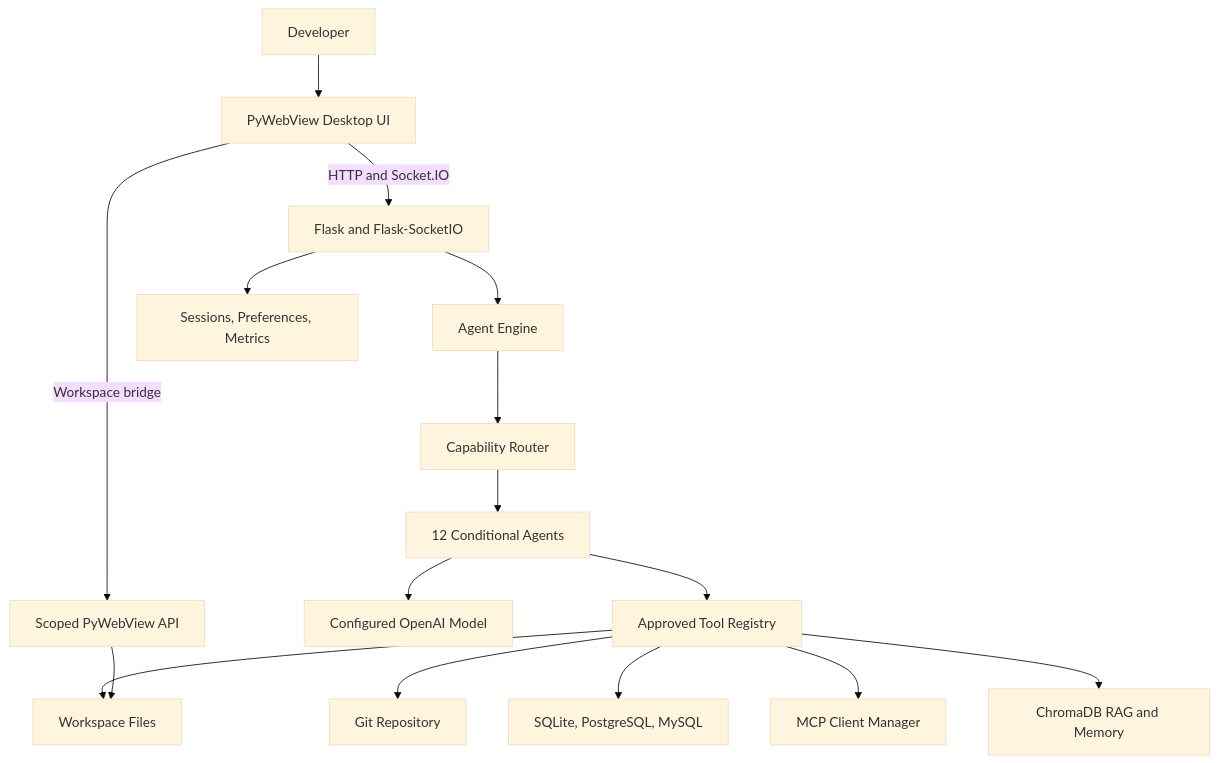
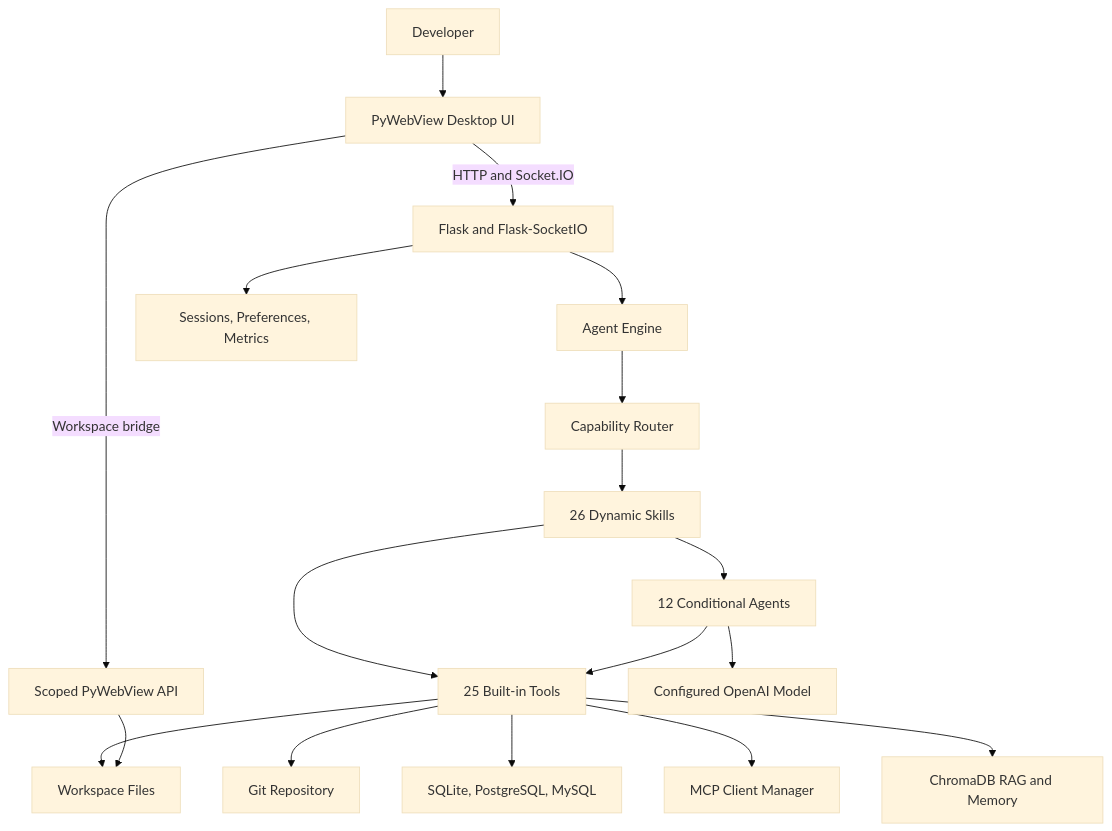
The first of 10 diagrams in README.md (rajab-rajab/Mighty-Coding-Machine), drawn with Mermaid (base theme) before and after one commit. The commit also changed other lines of this file, not shown here.

Commit message:
Expand MCM architecture and workflow documentation

````diff
--- a/README.md
+++ b/README.md
@@ -88,18 +89,20 @@
 ```mermaid
 flowchart TB
     User[Developer] --> UI[PyWebView Desktop UI]
     UI -->|HTTP and Socket.IO| Server[Flask and Flask-SocketIO]
     UI -->|Workspace bridge| Bridge[Scoped PyWebView API]
     Server --> Engine[Agent Engine]
     Engine --> Router[Capability Router]
-    Router --> Agents[12 Conditional Agents]
+    Router --> Skills[26 Dynamic Skills]
+    Skills --> Agents[12 Conditional Agents]
+    Skills --> Tools[25 Built-in Tools]
     Agents --> OpenAI[Configured OpenAI Model]
-    Agents --> Tools[Approved Tool Registry]
+    Agents --> Tools
     Tools --> Workspace[Workspace Files]
     Tools --> Git[Git Repository]
     Tools --> Database[SQLite, PostgreSQL, MySQL]
     Tools --> MCP[MCP Client Manager]
     Tools --> RAG[ChromaDB RAG and Memory]
     Bridge --> Workspace
     Server --> Sessions[Sessions, Preferences, Metrics]
 ```
````
